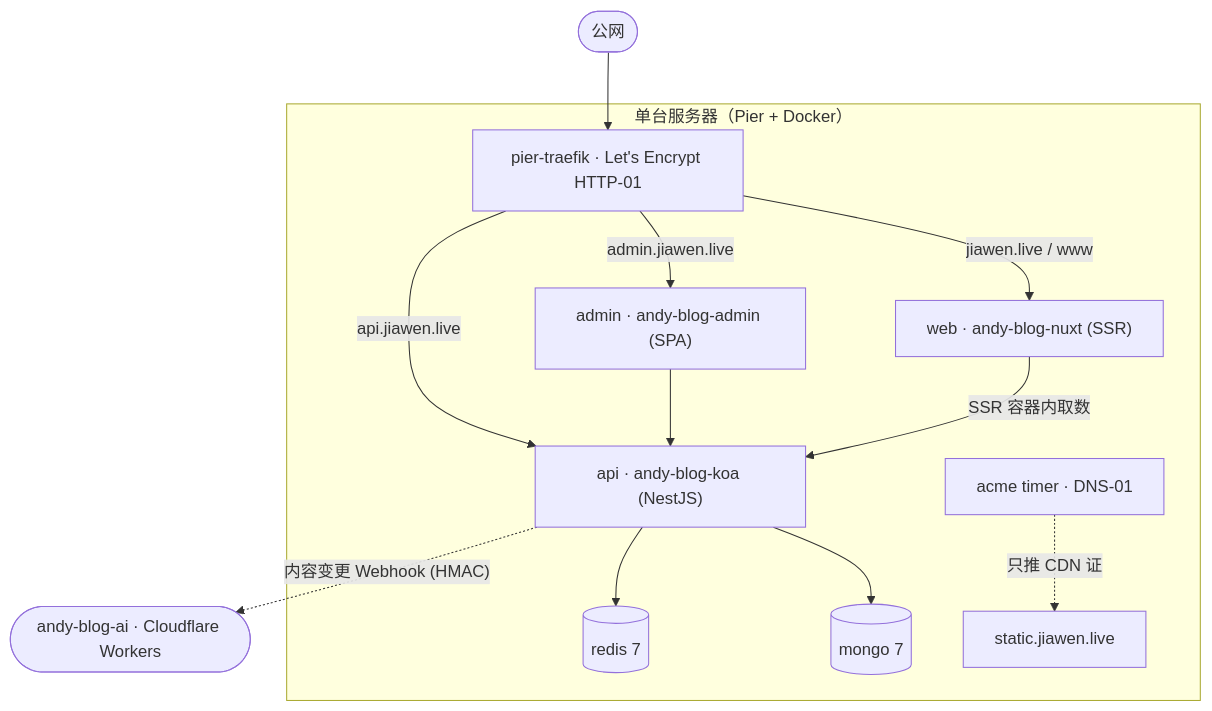
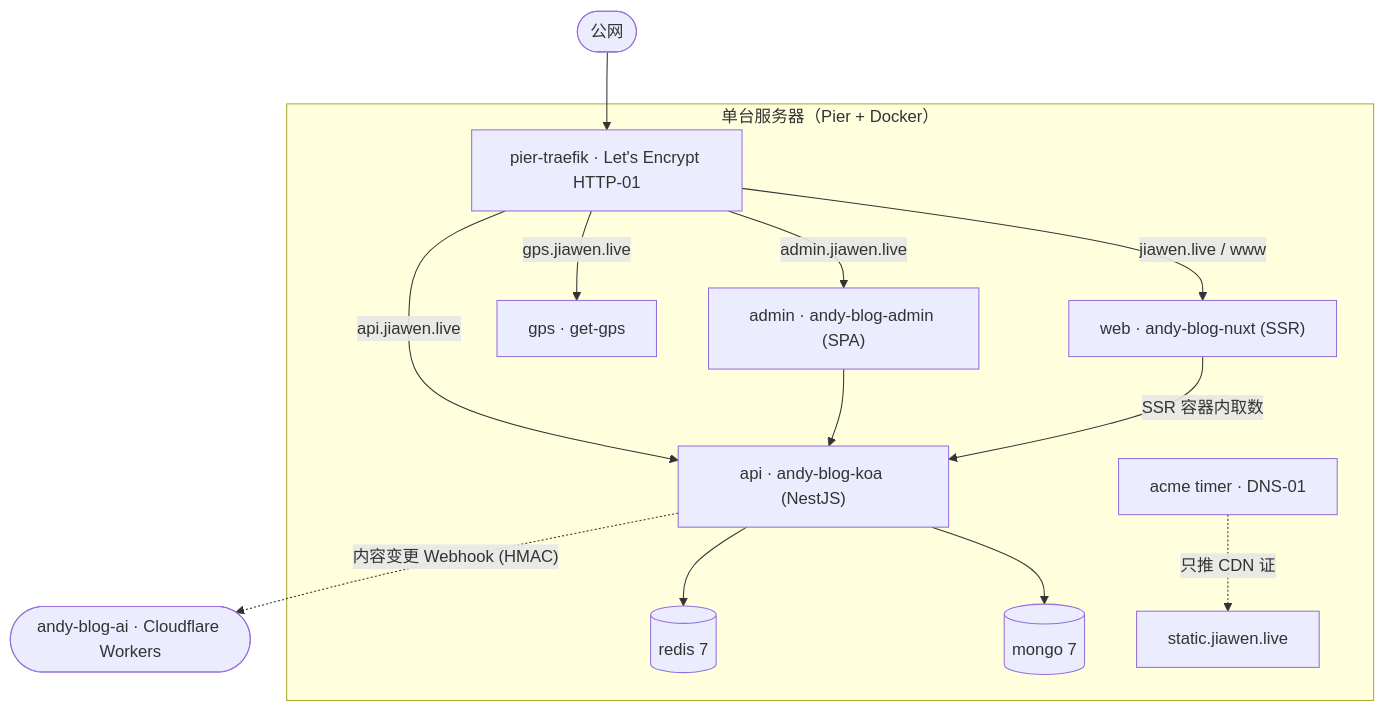
One commit to zzlw/andy-blog-deploy changed the diagram in README.zh-CN.md. Above: the diagram before and after it, drawn with Mermaid. The commit also changed 7 other files, not shown here.

First line of the commit message:
feat(gps): 把经纬度页接到 gps.jiawen.live

````diff
--- a/README.zh-CN.md
+++ b/README.zh-CN.md
@@ -9,18 +9,19 @@
 ```mermaid
 flowchart TD
     Internet(["公网"]) --> TR
 
     subgraph Server ["单台服务器（Pier + Docker）"]
         TR["pier-traefik · Let's Encrypt HTTP-01"]
         TR --> |"jiawen.live / www"| WEB["web · andy-blog-nuxt (SSR)"]
         TR --> |"admin.jiawen.live"| ADMIN["admin · andy-blog-admin (SPA)"]
+        TR --> |"gps.jiawen.live"| GPS["gps · get-gps"]
         TR --> |"api.jiawen.live"| API["api · andy-blog-koa (NestJS)"]
         WEB --> |"SSR 容器内取数"| API
         ADMIN --> API
         API --> MONGO[("mongo 7")]
         API --> REDIS[("redis 7")]
         ACME["acme timer · DNS-01"] -.-> |"只推 CDN 证"| CDN["static.jiawen.live"]
     end
 
     API -.-> |"内容变更 Webhook (HMAC)"| AI(["andy-blog-ai · Cloudflare Workers"])
 ```
````
